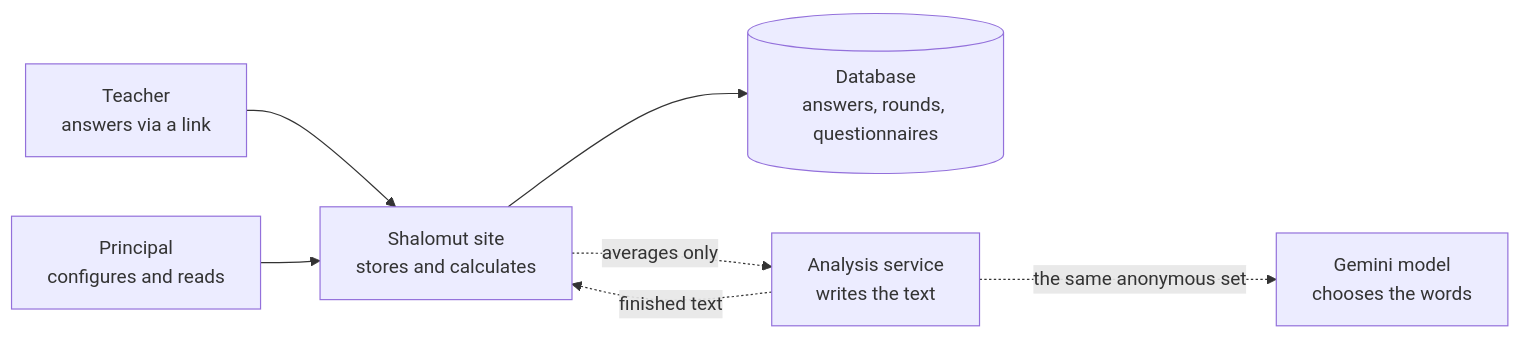
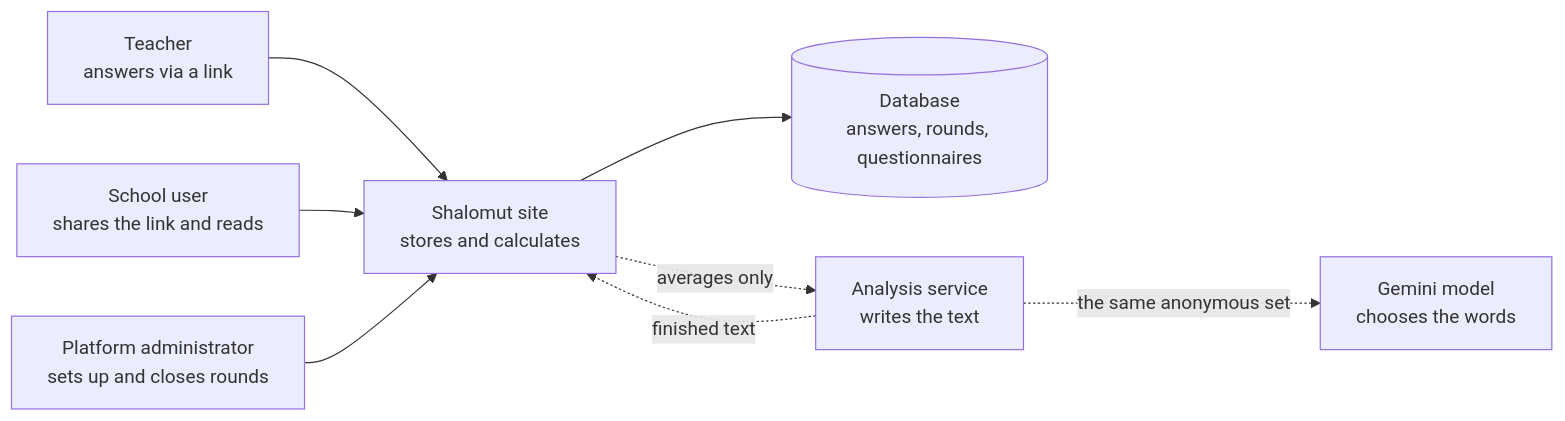
One commit to shteynu/shalomut-map-demo changed the first of 5 diagrams in docs/platform-handbook.md. Above: the diagram before and after it, drawn with Mermaid. The commit also changed other lines of this file and 4 other files, not shown here.

First line of the commit message:
docs(overview): the handbook and its Russian page name the school user and the administrator

````diff
--- a/docs/platform-handbook.md
+++ b/docs/platform-handbook.md
@@ -73,9 +73,10 @@
 ```mermaid
 flowchart LR
     T["Teacher<br/>answers via a link"] --> C
-    M["Principal<br/>configures and reads"] --> C
+    U["School user<br/>shares the link and reads"] --> C
+    P["Platform administrator<br/>sets up and closes rounds"] --> C
     C["Shalomut site<br/>stores and calculates"] --> DB[("Database<br/>answers, rounds, questionnaires")]
     C -.->|averages only| A["Analysis service<br/>writes the text"]
     A -.->|the same anonymous set| G["Gemini model<br/>chooses the words"]
     A -.->|finished text| C
 ```
````
